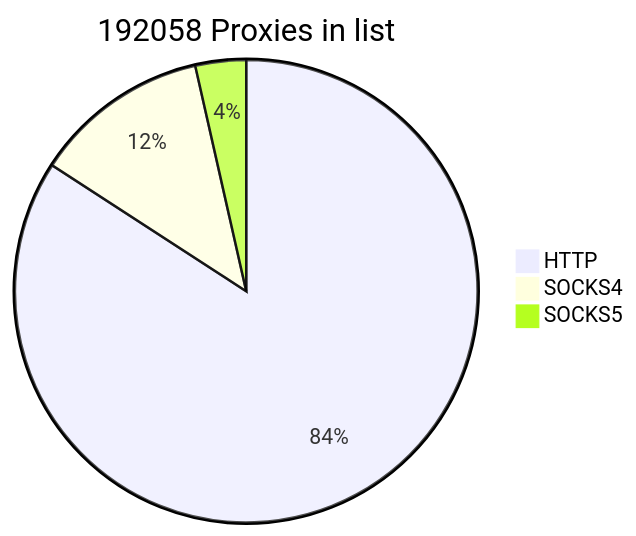
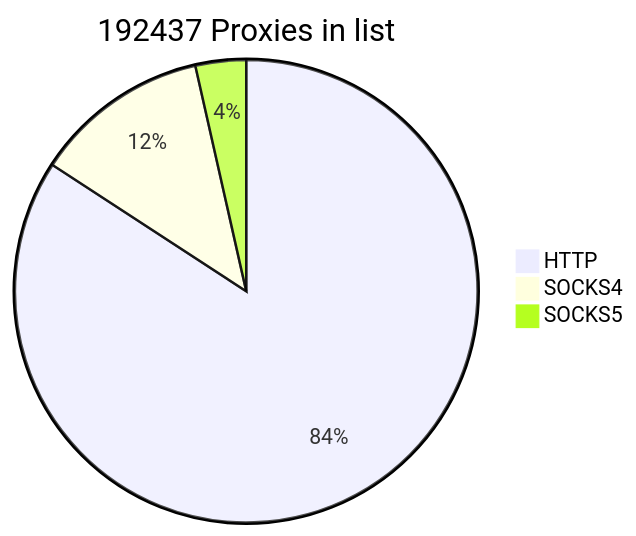
The first of 2 diagrams in README.md (cutipu/proxylist), drawn with Mermaid before and after one commit. The commit also changed other lines of this file, not shown here.

````diff
--- a/README.md
+++ b/README.md
@@ -2,7 +2,7 @@
 ```mermaid
-pie title 192058 Proxies in list
-    "HTTP" : 161640
-    "SOCKS4" : 23616
-    "SOCKS5" : 6802
+pie title 192437 Proxies in list
+    "HTTP" : 162019
+    "SOCKS4" : 23617
+    "SOCKS5" : 6801
             
 ```
````
